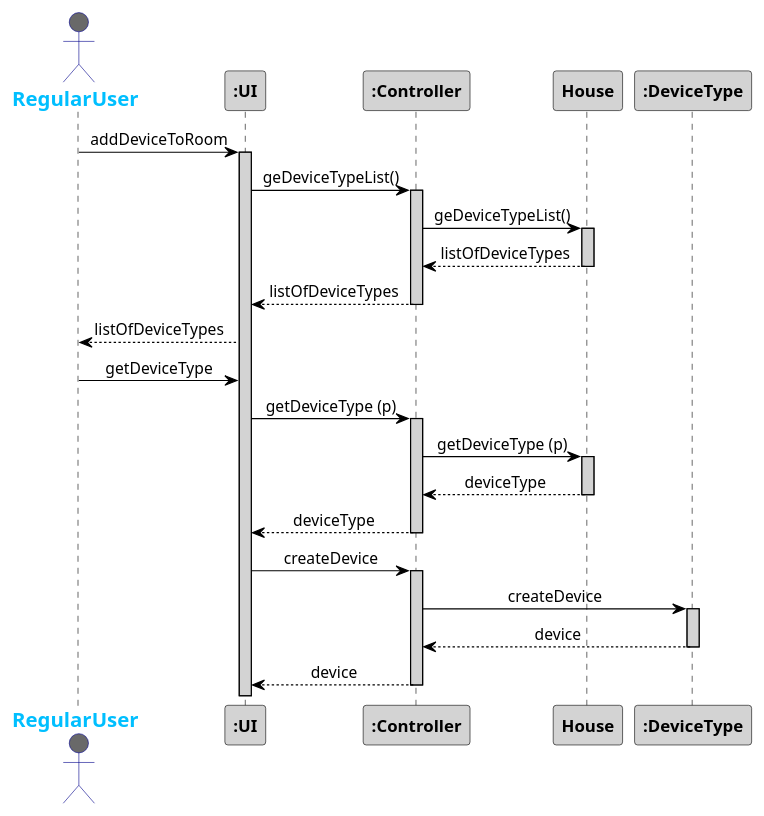
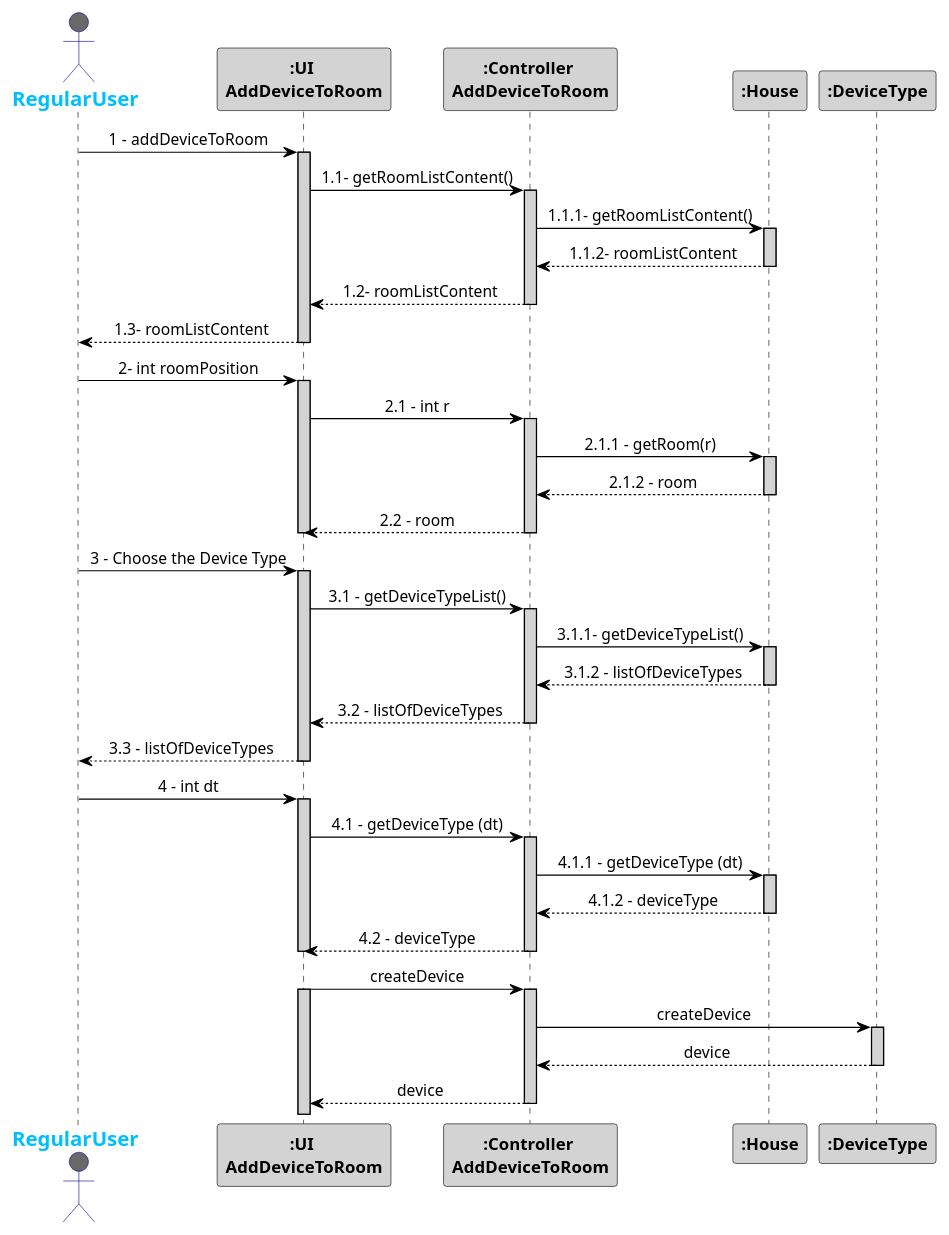
Before and after one commit to 1181687/hateoasToy: the diagram in src/Docs/Sprint3/AddDeviceToRoom.puml, drawn with PlantUML. The commit also changed 3 other files, not shown here.

Commit message:
correction of Sequence Diagram of the US: Add Device To Room

```diff
--- a/src/Docs/Sprint3/AddDeviceToRoom.puml
+++ b/src/Docs/Sprint3/AddDeviceToRoom.puml
@@ -1,50 +1,88 @@
 @startuml
 skinparam sequenceMessageAlign center
 skinparam sequence {
 	ArrowColor Black
 	ActorBorderColor DarkBlue
 	LifeLineBorderColor black
 	LifeLineBackgroundColor LightGrey
 
 	ParticipantBorderColor Black
 	ParticipantBackgroundColor LightGrey
 	ParticipantFontStyle Bold
 
 	ActorBackgroundColor DimGrey
 	ActorFontColor DeepSkyBlue
 	ActorFontStyle Bold
 	ActorFontSize 17
 	ActorFontName Aapex
 }
 
 actor RegularUser
-RegularUser -> ":UI": addDeviceToRoom
-activate ":UI"
-":UI" -> ":Controller": geDeviceTypeList()
-activate ":Controller"
-":Controller" -> "House": geDeviceTypeList()
-activate "House"
-":Controller" <-- "House": listOfDeviceTypes
-deactivate "House"
-":UI" <-- ":Controller": listOfDeviceTypes
-deactivate ":Controller"
-RegularUser <-- ":UI": listOfDeviceTypes
-RegularUser -> ":UI": getDeviceType
-":UI" -> ":Controller": getDeviceType (p)
-activate ":Controller"
-":Controller" -> "House": getDeviceType (p)
-activate "House"
-":Controller" <-- "House": deviceType
-deactivate "House"
-":UI" <-- ":Controller": deviceType
-deactivate ":Controller"
-":UI" -> ":Controller": createDevice
-activate ":Controller"
-":Controller" -> ":DeviceType": createDevice
+RegularUser -> ":UI \nAddDeviceToRoom": 1 - addDeviceToRoom
+activate ":UI \nAddDeviceToRoom"
+":UI \nAddDeviceToRoom" -> ":Controller \nAddDeviceToRoom": 1.1- getRoomListContent()
+activate ":Controller \nAddDeviceToRoom"
+":Controller \nAddDeviceToRoom" -> ":House": 1.1.1- getRoomListContent()
+activate ":House"
+":Controller \nAddDeviceToRoom" <-- ":House": 1.1.2- roomListContent
+deactivate ":House"
+":UI \nAddDeviceToRoom" <-- ":Controller \nAddDeviceToRoom": 1.2- roomListContent
+deactivate ":Controller \nAddDeviceToRoom"
+RegularUser <-- ":UI \nAddDeviceToRoom" :  1.3- roomListContent
+deactivate ":UI \nAddDeviceToRoom"
+
+
+
+RegularUser -> ":UI \nAddDeviceToRoom": 2- int roomPosition
+activate ":UI \nAddDeviceToRoom"
+":UI \nAddDeviceToRoom" -> ":Controller \nAddDeviceToRoom": 2.1 - int r
+activate ":Controller \nAddDeviceToRoom"
+":Controller \nAddDeviceToRoom" -> ":House": 2.1.1 - getRoom(r)
+activate ":House"
+":Controller \nAddDeviceToRoom" <-- ":House": 2.1.2 - room
+deactivate ":House"
+":UI \nAddDeviceToRoom" <-- ":Controller \nAddDeviceToRoom": 2.2 - room
+deactivate ":Controller \nAddDeviceToRoom"
+deactivate ":UI \nAddDeviceToRoom"
+
+
+RegularUser -> ":UI \nAddDeviceToRoom": 3 - Choose the Device Type
+activate ":UI \nAddDeviceToRoom"
+":UI \nAddDeviceToRoom" -> ":Controller \nAddDeviceToRoom": 3.1 - getDeviceTypeList()
+activate ":Controller \nAddDeviceToRoom"
+":Controller \nAddDeviceToRoom" -> ":House": 3.1.1- getDeviceTypeList()
+activate ":House"
+":Controller \nAddDeviceToRoom" <-- ":House": 3.1.2 - listOfDeviceTypes
+deactivate ":House"
+":UI \nAddDeviceToRoom" <-- ":Controller \nAddDeviceToRoom": 3.2 - listOfDeviceTypes
+deactivate ":Controller \nAddDeviceToRoom"
+RegularUser <-- ":UI \nAddDeviceToRoom": 3.3 - listOfDeviceTypes
+
+
+deactivate ":UI \nAddDeviceToRoom"
+RegularUser -> ":UI \nAddDeviceToRoom": 4 - int dt
+activate ":UI \nAddDeviceToRoom"
+
+":UI \nAddDeviceToRoom" -> ":Controller \nAddDeviceToRoom": 4.1 - getDeviceType (dt)
+
+activate ":Controller \nAddDeviceToRoom"
+":Controller \nAddDeviceToRoom" -> ":House": 4.1.1 - getDeviceType (dt)
+activate ":House"
+":Controller \nAddDeviceToRoom" <-- ":House": 4.1.2 - deviceType
+deactivate ":House"
+":UI \nAddDeviceToRoom" <-- ":Controller \nAddDeviceToRoom": 4.2 - deviceType
+deactivate ":Controller \nAddDeviceToRoom"
+deactivate ":UI \nAddDeviceToRoom"
+
+
+":UI \nAddDeviceToRoom" -> ":Controller \nAddDeviceToRoom": createDevice
+activate ":UI \nAddDeviceToRoom"
+activate ":Controller \nAddDeviceToRoom"
+":Controller \nAddDeviceToRoom" -> ":DeviceType": createDevice
 activate ":DeviceType"
-":Controller" <-- ":DeviceType": device
+":Controller \nAddDeviceToRoom" <-- ":DeviceType": device
 deactivate ":DeviceType"
-":UI" <-- ":Controller": device
-deactivate ":Controller"
+":UI \nAddDeviceToRoom" <-- ":Controller \nAddDeviceToRoom": device
+deactivate ":Controller \nAddDeviceToRoom"
 
 @enduml
```
